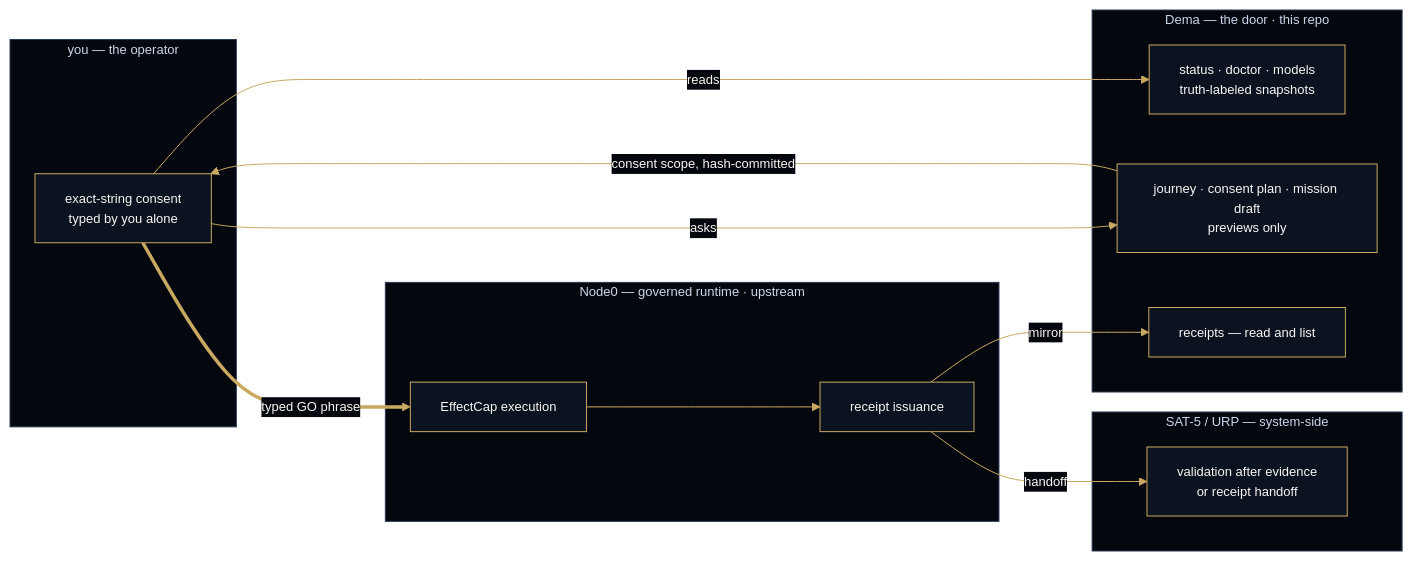
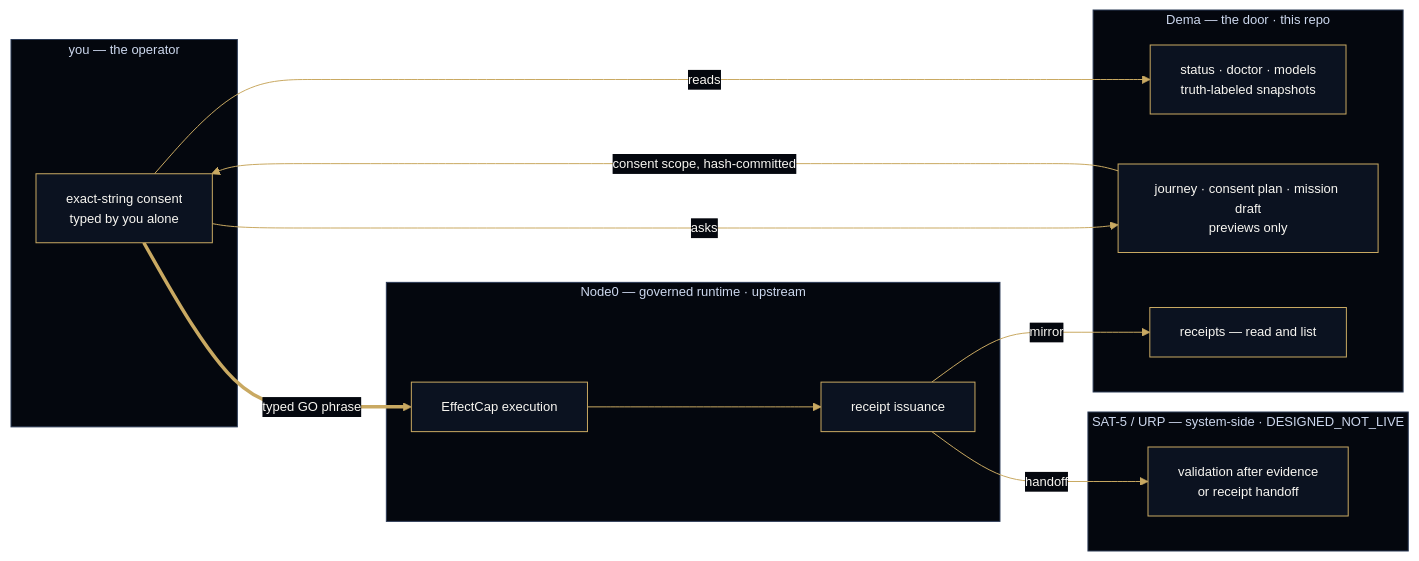
One commit to BizraInfo/Dema changed the first of 3 diagrams in README.md. Above: the diagram before and after it, drawn with Mermaid. The commit also changed other lines of this file, not shown here.

Commit message:
docs(readme): mark SAT-5/URP atlas subgraph DESIGNED_NOT_LIVE
Claim-register diagrams that show URP must carry an explicit
DESIGNED_NOT_LIVE watermark so the front door cannot be read as live.

````diff
--- a/README.md
+++ b/README.md
@@ -39,29 +39,29 @@
 ```mermaid
 %%{init: {"theme":"base","themeVariables":{
   "primaryColor":"#0b1220","primaryTextColor":"#f8f6f1","primaryBorderColor":"#C9A962",
   "lineColor":"#C9A962","clusterBkg":"#04070E","clusterBorder":"#2b3a55",
   "edgeLabelBackground":"#04070E","fontFamily":"monospace","fontSize":"13px"}}}%%
 flowchart LR
   subgraph YOU["you — the operator"]
     OP["exact-string consent<br/>typed by you alone"]
   end
   subgraph DEMA["Dema — the door · this repo"]
     ST["status · doctor · models<br/>truth-labeled snapshots"]
     PV["journey · consent plan · mission draft<br/>previews only"]
     RC["receipts — read and list"]
   end
   subgraph NODE0["Node0 — governed runtime · upstream"]
     EF["EffectCap execution"]
     MINT["receipt issuance"]
   end
-  subgraph SYS["SAT-5 / URP — system-side"]
+  subgraph SYS["SAT-5 / URP — system-side · DESIGNED_NOT_LIVE"]
     VAL["validation after evidence<br/>or receipt handoff"]
   end
   OP -- reads --> ST
   OP -- asks --> PV
   PV -- "consent scope, hash-committed" --> OP
   OP == "typed GO phrase" ==> EF
   EF --> MINT
   MINT -- mirror --> RC
   MINT -- handoff --> VAL
 ```
````
